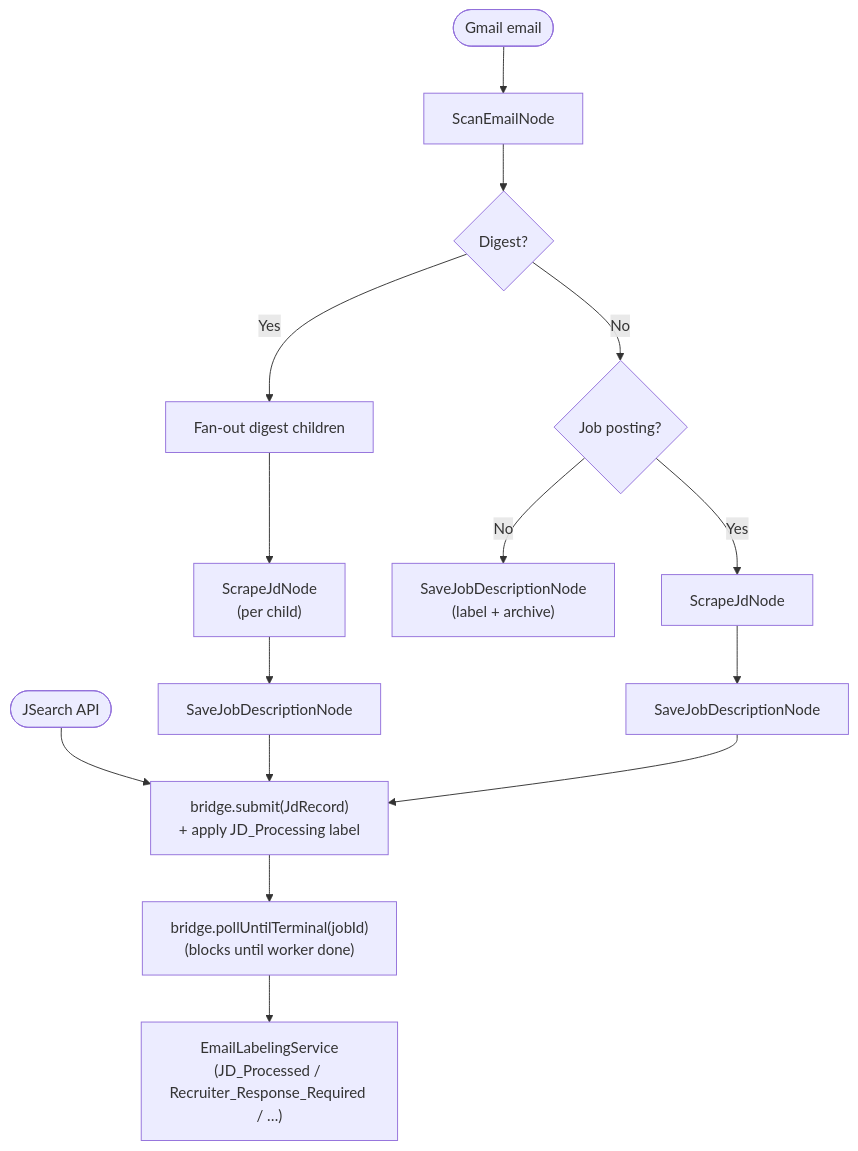
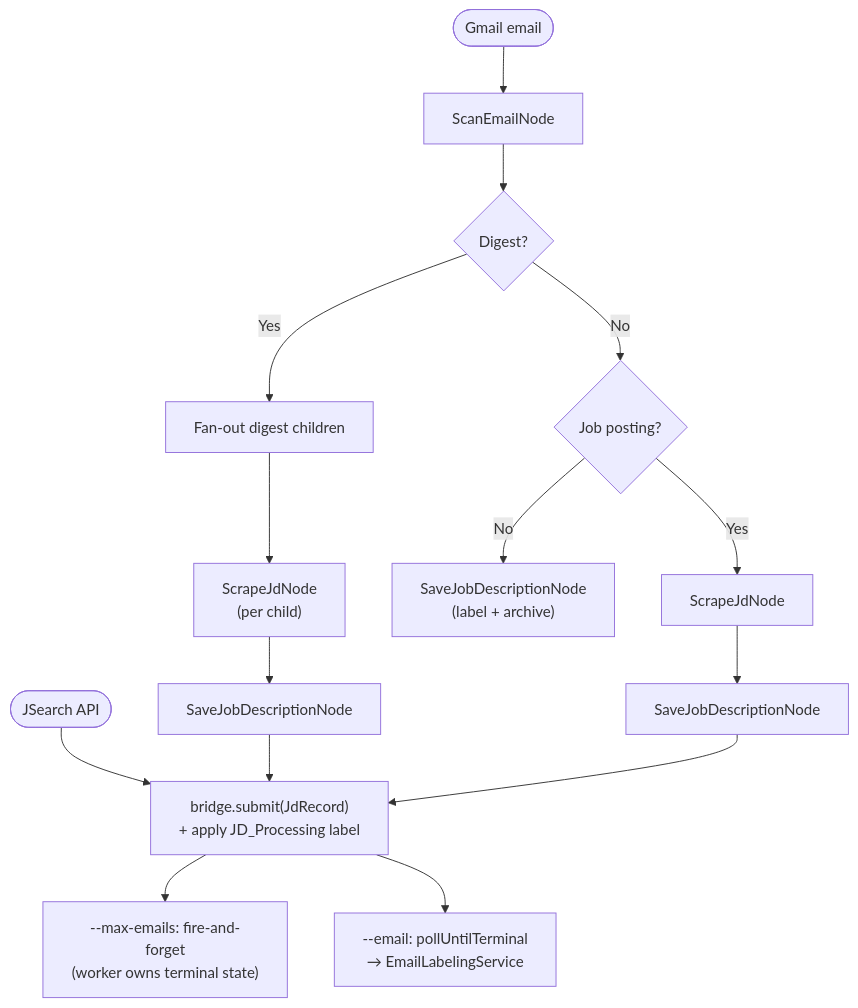
One commit to dkkyai/job-fit-apply-ai changed the first of 2 diagrams in services/job-fit-apply-ai-pipeline/README.md. Above: the diagram before and after it, drawn with Mermaid. The commit also changed other lines of this file and 393 other files, not shown here.

````diff
--- a/services/job-fit-apply-ai-pipeline/README.md
+++ b/services/job-fit-apply-ai-pipeline/README.md
@@ -40,22 +40,22 @@
 ```mermaid
 flowchart TD
     Email(["Gmail email"]) --> Scan["ScanEmailNode"]
     JSearch(["JSearch API"]) --> Submit
 
     Scan --> DigestQ{"Digest?"}
     DigestQ -->|Yes| FanOut["Fan-out digest children"]
     DigestQ -->|No| PostingQ{"Job posting?"}
 
     PostingQ -->|No| SaveNonJob["SaveJobDescriptionNode\n(label + archive)"]
     PostingQ -->|Yes| ScrapeSingle["ScrapeJdNode"]
 
     FanOut --> ChildScrape["ScrapeJdNode\n(per child)"]
     ChildScrape --> ChildSave["SaveJobDescriptionNode"]
     ChildSave --> Submit
 
     ScrapeSingle --> SaveSingle["SaveJobDescriptionNode"]
     SaveSingle --> Submit
 
-    Submit["bridge.submit(JdRecord)\n+ apply JD_Processing label"] --> Poll["bridge.pollUntilTerminal(jobId)\n(blocks until worker done)"]
-    Poll --> Label["EmailLabelingService\n(JD_Processed / Recruiter_Response_Required / …)"]
+    Submit["bridge.submit(JdRecord)\n+ apply JD_Processing label"] --> Batch["--max-emails: fire-and-forget\n(worker owns terminal state)"]
+    Submit --> Single["--email: pollUntilTerminal\n→ EmailLabelingService"]
 ```
````
